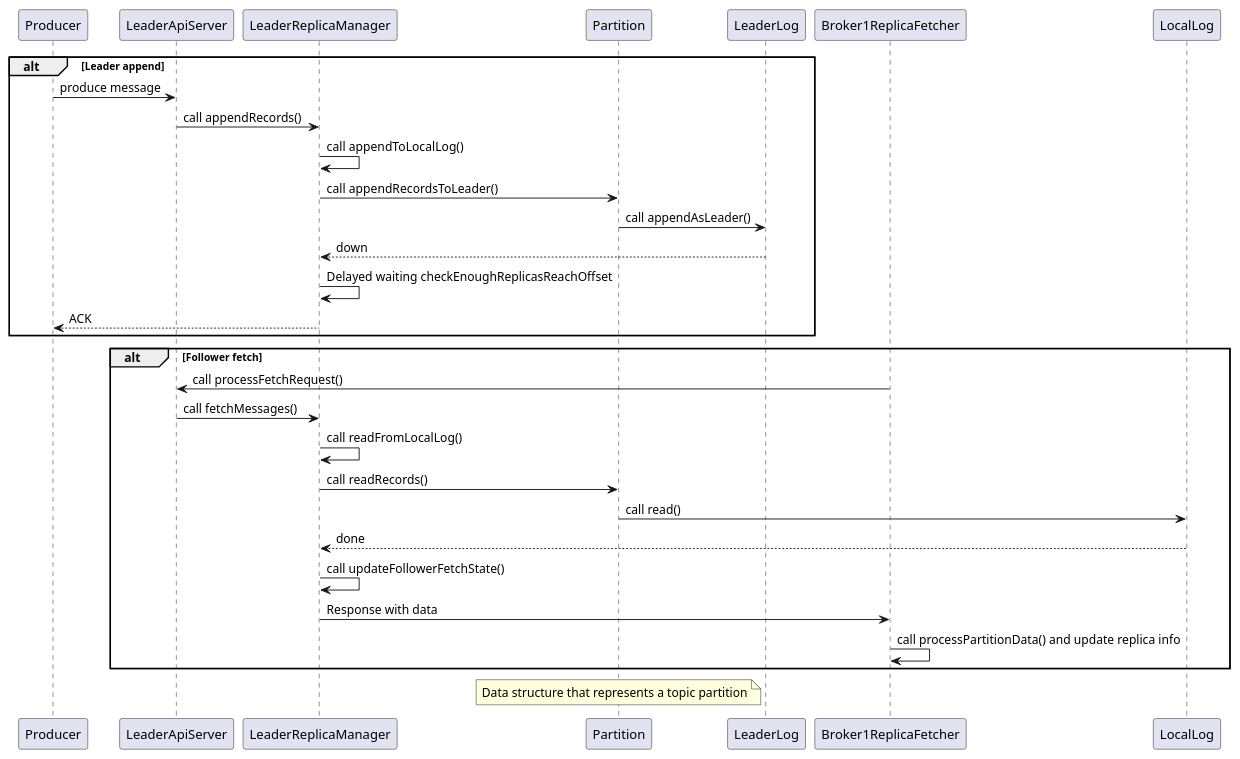
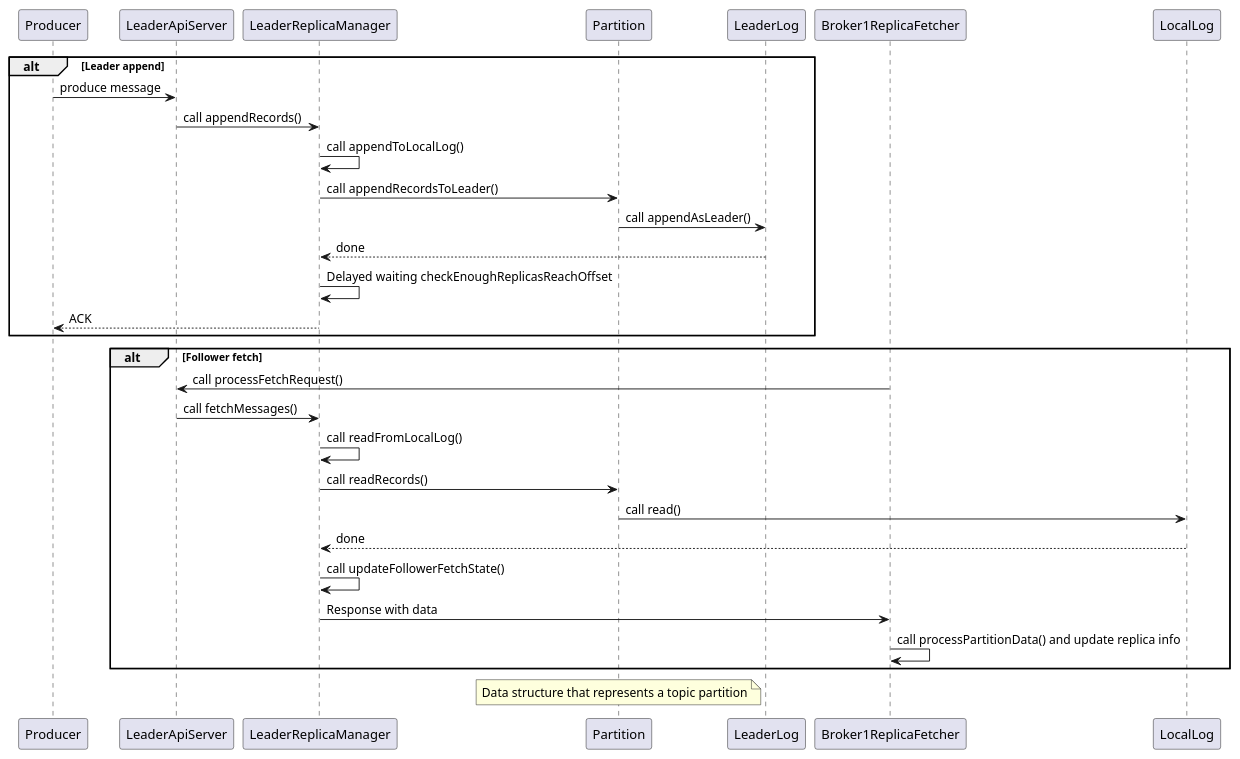
The fifth of 5 diagrams in slides.md (Rustin170506/kafka.slide), drawn with PlantUML before and after one commit.

````diff
--- a/slides.md
+++ b/slides.md
@@ -397,28 +397,28 @@
 ```plantuml {scale: 0.9}
 @startuml
 alt Leader append
 Producer -> LeaderApiServer : produce message 
 LeaderApiServer -> LeaderReplicaManager : call appendRecords()
 LeaderReplicaManager -> LeaderReplicaManager : call appendToLocalLog()
 LeaderReplicaManager -> Partition : call appendRecordsToLeader()
 Partition -> LeaderLog : call appendAsLeader()
-LeaderReplicaManager <-- LeaderLog : down
+LeaderReplicaManager <-- LeaderLog : done
 LeaderReplicaManager -> LeaderReplicaManager : Delayed waiting checkEnoughReplicasReachOffset
 Producer <-- LeaderReplicaManager : ACK
 end
 
 alt Follower fetch
 Broker1ReplicaFetcher -> LeaderApiServer : call processFetchRequest()
 LeaderApiServer -> LeaderReplicaManager: call fetchMessages()
 LeaderReplicaManager -> LeaderReplicaManager : call readFromLocalLog()
 LeaderReplicaManager -> Partition : call readRecords()
 Partition -> LocalLog : call read()
 LeaderReplicaManager <-- LocalLog : done
 LeaderReplicaManager -> LeaderReplicaManager : call updateFollowerFetchState()
 LeaderReplicaManager -> Broker1ReplicaFetcher : Response with data
 Broker1ReplicaFetcher -> Broker1ReplicaFetcher: call processPartitionData() and update replica info
 end
 
 note over of Partition : Data structure that represents a topic partition
 @enduml
 ```
````
